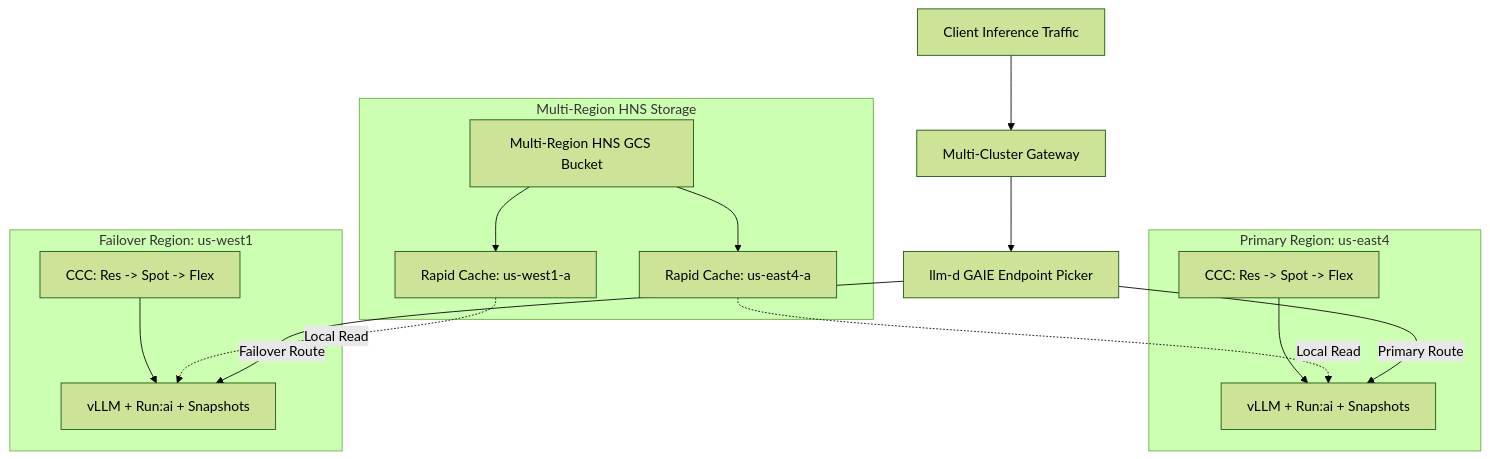
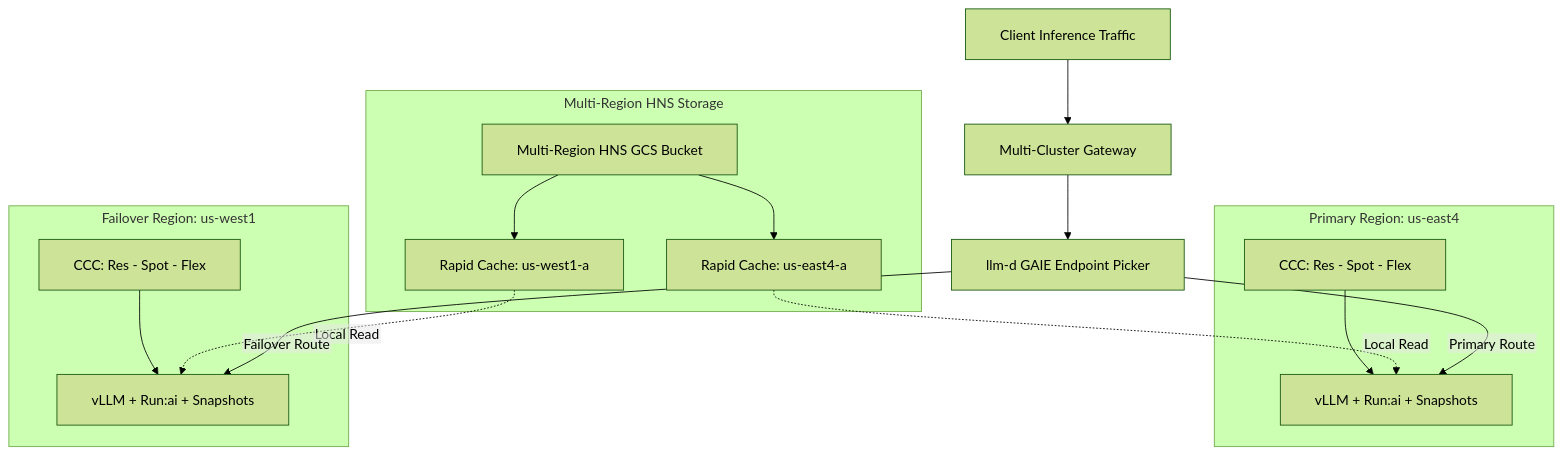
One commit to GoogleCloudPlatform/accelerated-platforms changed the second of 2 diagrams in docs/platforms/gke/base/use-cases/inference-ref-arch/poc-capacity-and-rapid-deployment-guide.md. Above: the diagram before and after it, drawn with Mermaid (forest theme). The commit also changed other lines of this file, not shown here.

Commit message:
docs(inference-ref-arch): set htmlLabels: false in PoC guide Mermaid diagrams (#610)

````diff
--- a/docs/platforms/gke/base/use-cases/inference-ref-arch/poc-capacity-and-rapid-deployment-guide.md
+++ b/docs/platforms/gke/base/use-cases/inference-ref-arch/poc-capacity-and-rapid-deployment-guide.md
@@ -645,30 +646,31 @@
 ```mermaid
+%%{init: {"fontFamily": "sans-serif", "htmlLabels": false, "flowchart": {"htmlLabels": false, "wrappingWidth": 500, "padding": 20, "subGraphTitleMargin": {"top": 4, "bottom": 10}}}}%%
 flowchart TD
   Client["Client Inference Traffic"] --> MCG["Multi-Cluster Gateway"]
   MCG --> EPP["llm-d GAIE Endpoint Picker"]
 
   subgraph Storage["Multi-Region HNS Storage"]
     GCS["Multi-Region HNS GCS Bucket"]
     RC1["Rapid Cache: us-east4-a"]
     RC2["Rapid Cache: us-west1-a"]
     GCS --> RC1
     GCS --> RC2
   end
 
   subgraph Ring1["Primary Region: us-east4"]
     CCC1["CCC: Res -> Spot -> Flex"]
     VLLM1["vLLM + Run:ai + Snapshots"]
     CCC1 --> VLLM1
   end
 
   subgraph Ring2["Failover Region: us-west1"]
     CCC2["CCC: Res -> Spot -> Flex"]
     VLLM2["vLLM + Run:ai + Snapshots"]
     CCC2 --> VLLM2
   end
 
   RC1 -.->|"Local Read"| VLLM1
   RC2 -.->|"Local Read"| VLLM2
   EPP -->|"Primary Route"| VLLM1
   EPP -->|"Failover Route"| VLLM2
 ```
````
